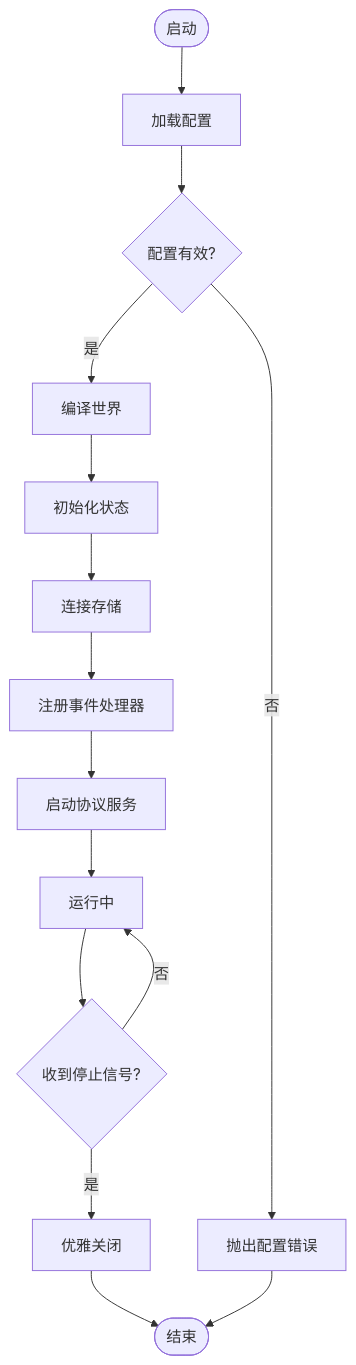
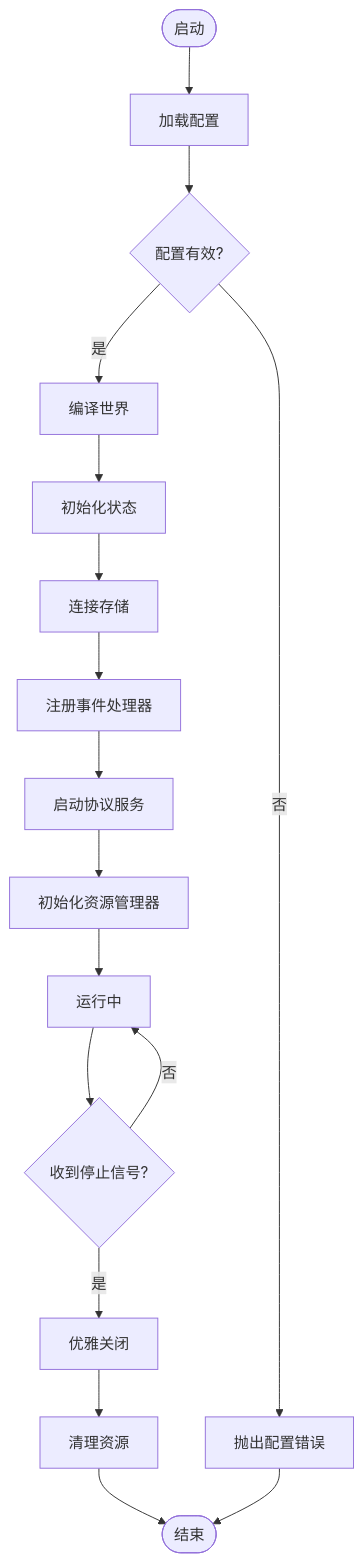
One commit to Ivandanslespace/thegreatnovel changed the third of 12 diagrams in .qoder/repowiki/zh/content/运行时系统/运行时核心.md. Above: the diagram before and after it, drawn with Mermaid. The commit also changed other lines of this file and 64 other files, not shown here.

````diff
--- a/.qoder/repowiki/zh/content/运行时系统/运行时核心.md
+++ b/.qoder/repowiki/zh/content/运行时系统/运行时核心.md
@@ -191,17 +214,19 @@
 ```mermaid
 flowchart TD
 Start(["启动"]) --> LoadCfg["加载配置"]
 LoadCfg --> Validate{"配置有效?"}
 Validate --> |否| FailCfg["抛出配置错误"]
 Validate --> |是| CompileWorld["编译世界"]
 CompileWorld --> InitState["初始化状态"]
 InitState --> ConnectStore["连接存储"]
 ConnectStore --> RegisterEvents["注册事件处理器"]
 RegisterEvents --> StartProtocol["启动协议服务"]
-StartProtocol --> Running["运行中"]
+StartProtocol --> InitResources["初始化资源管理器"]
+InitResources --> Running["运行中"]
 Running --> StopSignal{"收到停止信号?"}
 StopSignal --> |否| Running
 StopSignal --> |是| GracefulShutdown["优雅关闭"]
-GracefulShutdown --> End(["结束"])
+GracefulShutdown --> CleanupResources["清理资源"]
+CleanupResources --> End(["结束"])
 FailCfg --> End
 ```
````
